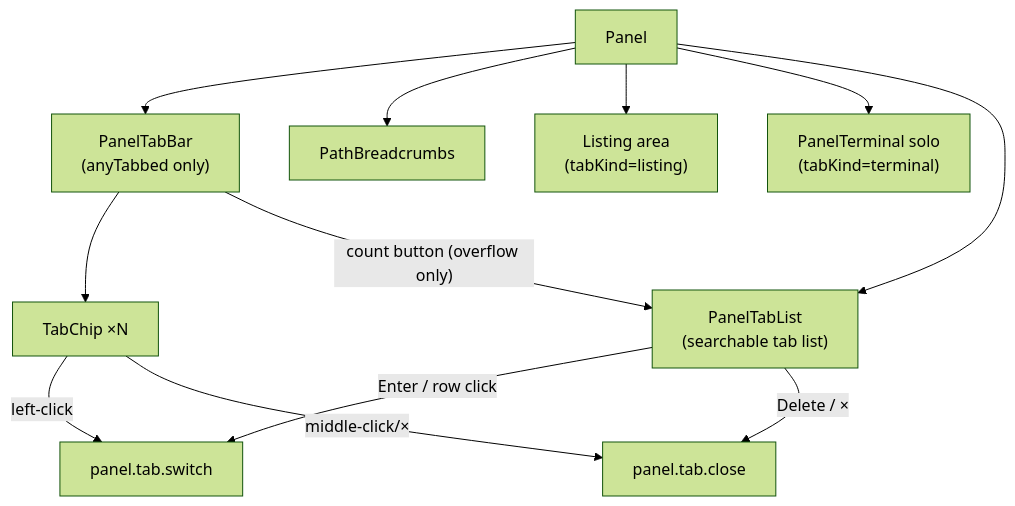
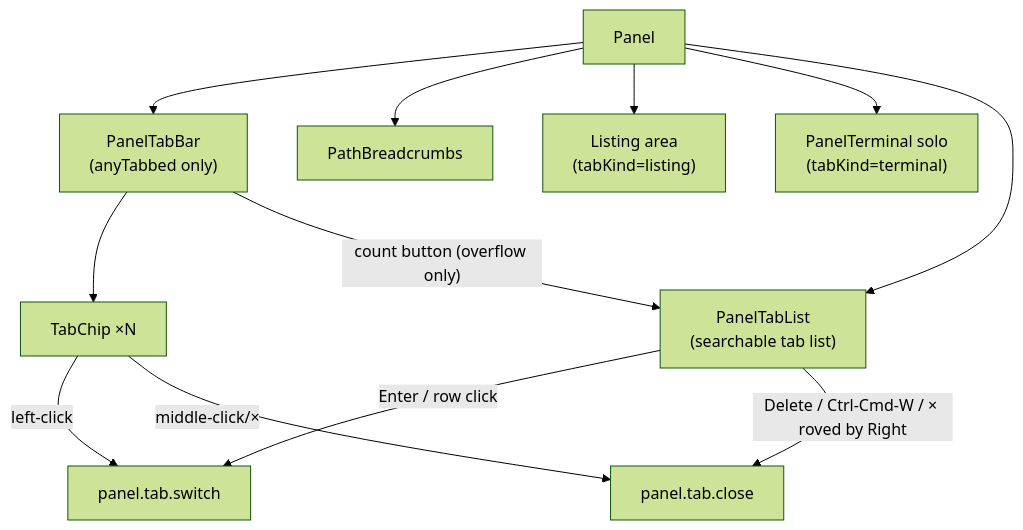
One commit to ktxed/fbro changed the third of 3 diagrams in spex/tabs.md. Above: the diagram before and after it, drawn with Mermaid (forest theme). The commit also changed other lines of this file and 9 other files, not shown here.

````diff
--- a/spex/tabs.md
+++ b/spex/tabs.md
@@ -406,14 +415,14 @@
 ```mermaid
 graph TD
     Panel --> PanelTabBar["PanelTabBar\n(anyTabbed only)"]
     Panel --> PathBreadcrumbs
     Panel --> ListingArea["Listing area\n(tabKind=listing)"]
     Panel --> PanelTerminal["PanelTerminal solo\n(tabKind=terminal)"]
     PanelTabBar --> TabChip["TabChip ×N"]
     TabChip -- left-click --> switch["panel.tab.switch"]
     TabChip -- middle-click/× --> close["panel.tab.close"]
     Panel --> PanelTabList["PanelTabList\n(searchable tab list)"]
     PanelTabBar -- count button (overflow only) --> PanelTabList
     PanelTabList -- Enter / row click --> switch
-    PanelTabList -- Delete / × --> close
+    PanelTabList -- Delete / Ctrl-Cmd-W / × roved by Right --> close
 ```
````
